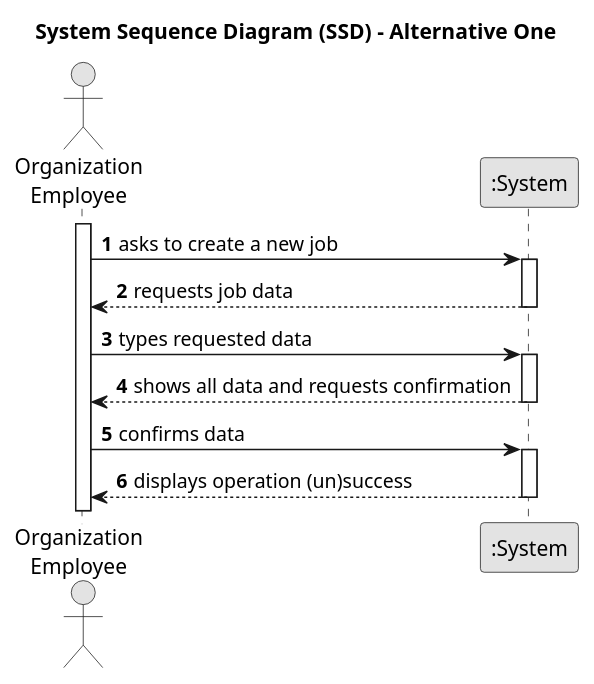
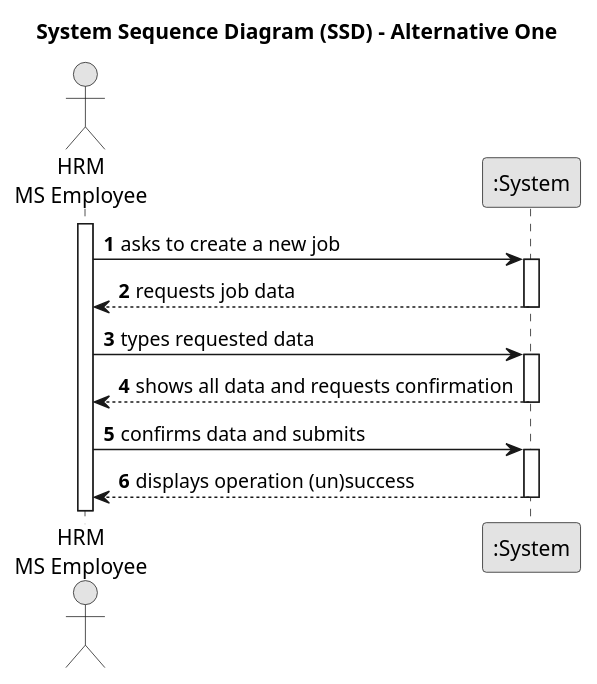
One commit to Rui-San/LAPR2_2023_2024 changed the diagram in docs/sprintA/us002/01.requirements-engineering/puml/us002-system-sequence-diagram-alternative-one.puml. Above: the diagram before and after it, drawn with PlantUML. The commit also changed 1 other file, not shown here.

```diff
--- a/docs/sprintA/us002/01.requirements-engineering/puml/us002-system-sequence-diagram-alternative-one.puml
+++ b/docs/sprintA/us002/01.requirements-engineering/puml/us002-system-sequence-diagram-alternative-one.puml
@@ -1,33 +1,33 @@
     @startuml
 skinparam monochrome true
 skinparam packageStyle rectangle
 skinparam shadowing false
 
 title System Sequence Diagram (SSD) - Alternative One
 
 autonumber
 
-actor "Organization\nEmployee" as Employee
+actor "HRM\nMS Employee" as Employee
 participant ":System" as System
 
 activate Employee
 
     Employee -> System : asks to create a new job
     activate System
 
         System --> Employee : requests job data
     deactivate System
 
     Employee -> System : types requested data
     activate System
 
         System --> Employee : shows all data and requests confirmation
     deactivate System
 
-    Employee -> System : confirms data
+    Employee -> System : confirms data and submits
     activate System
 
         System --> Employee : displays operation (un)success
     deactivate System
 
 @enduml
```
